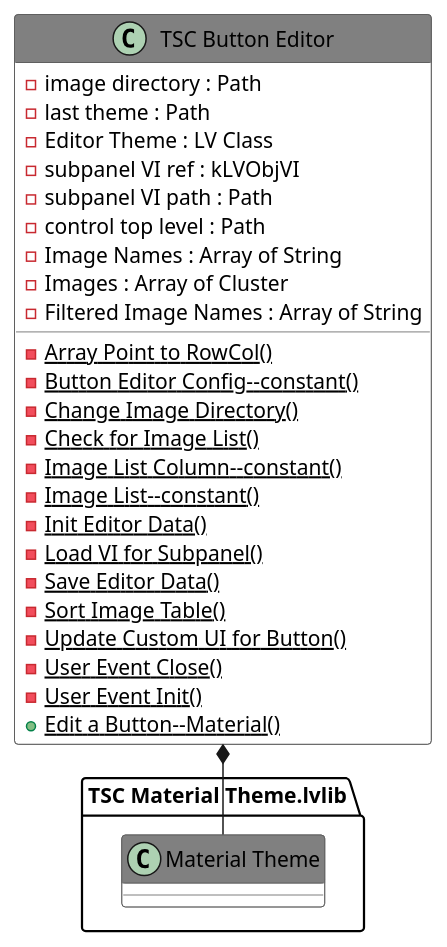
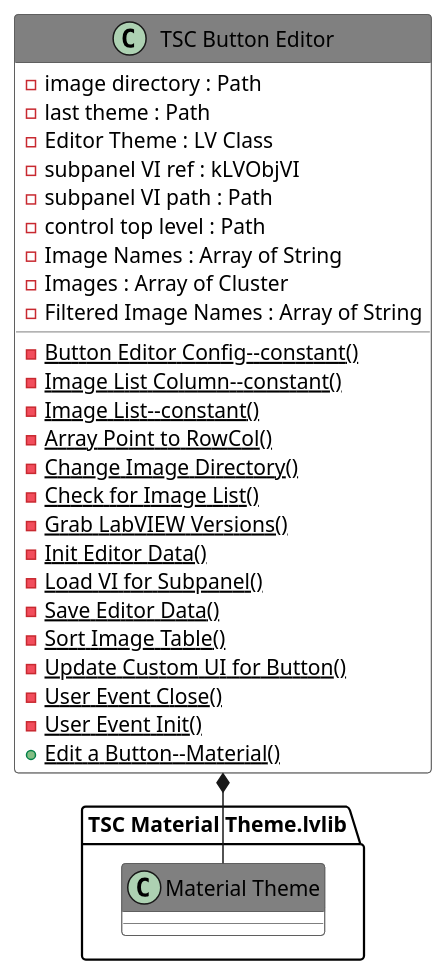
One commit to danielcoons/tsc-material-theme changed the diagram in _documentation/Includes/003.adoc. Above: the diagram before and after it, drawn with PlantUML. The commit also changed other lines of this file and 90 other files, not shown here.

```diff
--- a/_documentation/Includes/003.adoc
+++ b/_documentation/Includes/003.adoc
@@ -10,42 +10,43 @@
 [plantuml, format="svg", align="center"]
 ....
 @startuml
 set namespaceSeparator :
 skinparam ClassBackgroundColor #FFFFFF
 skinparam ClassBorderColor #555555
 skinparam ClassFontColor #000000
 skinparam ClassHeaderBackgroundColor #808080
 
 skinparam top to bottom direction
 class "TSC Button Editor" {
 {field} -image directory : Path
 {field} -last theme : Path
 {field} -Editor Theme : LV Class
 {field} -subpanel VI ref : kLVObjVI
 {field} -subpanel VI path : Path
 {field} -control top level : Path
 {field} -Image Names : Array of String
 {field} -Images : Array of Cluster
 {field} -Filtered Image Names : Array of String
+{static} {method} -Button Editor Config--constant()
+{static} {method} -Image List Column--constant()
+{static} {method} -Image List--constant()
 {static} {method} -Array Point to RowCol()
-{static} {method} -Button Editor Config--constant()
 {static} {method} -Change Image Directory()
 {static} {method} -Check for Image List()
-{static} {method} -Image List Column--constant()
-{static} {method} -Image List--constant()
+{static} {method} -Grab LabVIEW Versions()
 {static} {method} -Init Editor Data()
 {static} {method} -Load VI for Subpanel()
 {static} {method} -Save Editor Data()
 {static} {method} -Sort Image Table()
 {static} {method} -Update Custom UI for Button()
 {static} {method} -User Event Close()
 {static} {method} -User Event Init()
 {static} {method} +Edit a Button--Material()
 
 }
 "TSC Button Editor" *-- "TSC Material Theme.lvlib:Material Theme"
 
 
 
 @enduml
 ....
```
